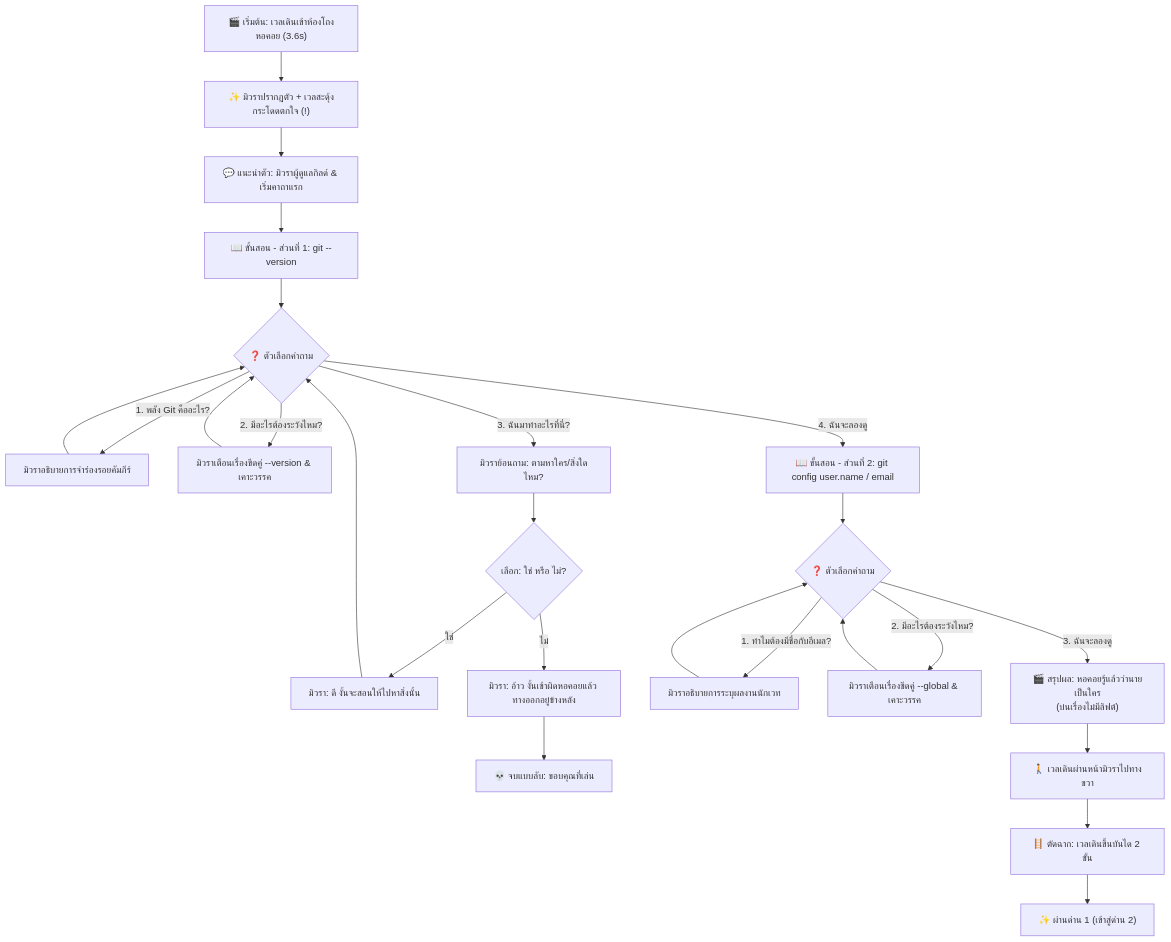
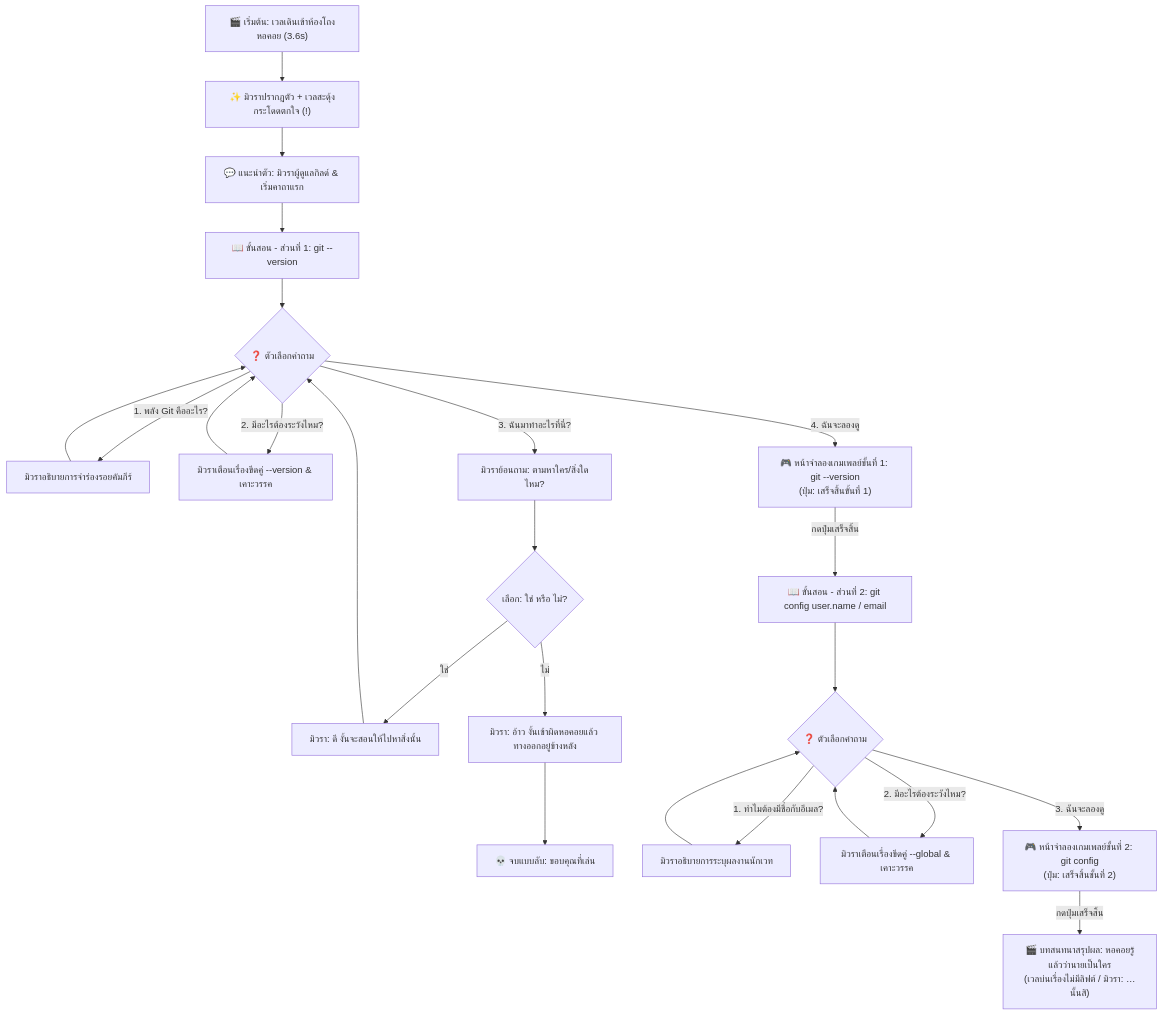
One commit to PetchAuisui/Demo-Game-Git-Diwaa changed the diagram in docs/inside-tower-cutscene.md. Above: the diagram before and after it, drawn with Mermaid. The commit also changed other lines of this file and 5 other files, not shown here.

````diff
--- a/docs/inside-tower-cutscene.md
+++ b/docs/inside-tower-cutscene.md
@@ -9,26 +9,25 @@
 ```mermaid
 flowchart TD
     Start["🎬 เริ่มต้น: เวลเดินเข้าห้องโถงหอคอย (3.6s)"] --> MewlaWarp["✨ มิวราปรากฏตัว + เวลสะดุ้งกระโดดตกใจ (!)"]
     MewlaWarp --> IntroTalk["💬 แนะนำตัว: มิวราผู้ดูแลกิลด์ & เริ่มคาถาแรก"]
     
     IntroTalk --> Teach1["📖 ขั้นสอน - ส่วนที่ 1: git --version"]
     Teach1 --> Choice1{"❓ ตัวเลือกคำถาม"}
     
     Choice1 -->|"1. พลัง Git คืออะไร?"| Ans1_1["มิวราอธิบายการจำร่องรอยคัมภีร์"] --> Choice1
     Choice1 -->|"2. มีอะไรต้องระวังไหม?"| Ans1_2["มิวราเตือนเรื่องขีดคู่ --version & เคาะวรรค"] --> Choice1
     Choice1 -->|"3. ฉันมาทำอะไรที่นี่?"| Ans1_3["มิวราย้อนถาม: ตามหาใคร/สิ่งใดไหม?"]
     Ans1_3 --> SubChoice{"เลือก: ใช่ หรือ ไม่?"}
     SubChoice -->|"ใช่"| AnsSubYes["มิวรา: ดี งั้นจะสอนให้ไปหาสิ่งนั้น"] --> Choice1
     SubChoice -->|"ไม่"| AnsSubNo["มิวรา: อ้าว งั้นเข้าผิดหอคอยแล้ว ทางออกอยู่ข้างหลัง"] --> BadEnd["💀 จบแบบลับ: ขอบคุณที่เล่น"]
     
-    Choice1 -->|"4. ฉันจะลองดู"| Teach2["📖 ขั้นสอน - ส่วนที่ 2: git config user.name / email"]
+    Choice1 -->|"4. ฉันจะลองดู"| PlayStep1["🎮 หน้าจำลองเกมเพลย์ขั้นที่ 1: git --version\n(ปุ่ม: เสร็จสิ้นขั้นที่ 1)"]
+    PlayStep1 -->|"กดปุ่มเสร็จสิ้น"| Teach2["📖 ขั้นสอน - ส่วนที่ 2: git config user.name / email"]
     
     Teach2 --> Choice2{"❓ ตัวเลือกคำถาม"}
     
     Choice2 -->|"1. ทำไมต้องมีชื่อกับอีเมล?"| Ans2_1["มิวราอธิบายการระบุผลงานนักเวท"] --> Choice2
     Choice2 -->|"2. มีอะไรต้องระวังไหม?"| Ans2_2["มิวราเตือนเรื่องขีดคู่ --global & เคาะวรรค"] --> Choice2
-    Choice2 -->|"3. ฉันจะลองดู"| Outro["🎬 สรุปผล: หอคอยรู้แล้วว่านายเป็นใคร\n(บ่นเรื่องไม่มีลิฟต์)"]
-    Outro --> WalkPast["🚶 เวลเดินผ่านหน้ามิวราไปทางขวา"]
-    WalkPast --> Stairs["🪜 ตัดฉาก: เวลเดินขึ้นบันได 2 ขั้น"]
-    Stairs --> NextLevel["✨ ผ่านด่าน 1 (เข้าสู่ด่าน 2)"]
+    Choice2 -->|"3. ฉันจะลองดู"| PlayStep2["🎮 หน้าจำลองเกมเพลย์ขั้นที่ 2: git config\n(ปุ่ม: เสร็จสิ้นขั้นที่ 2)"]
+    PlayStep2 -->|"กดปุ่มเสร็จสิ้น"| Outro["🎬 บทสนทนาสรุปผล: หอคอยรู้แล้วว่านายเป็นใคร\n(เวลบ่นเรื่องไม่มีลิฟต์ / มิวรา: …นั้นสิ)"]
 ```
````
